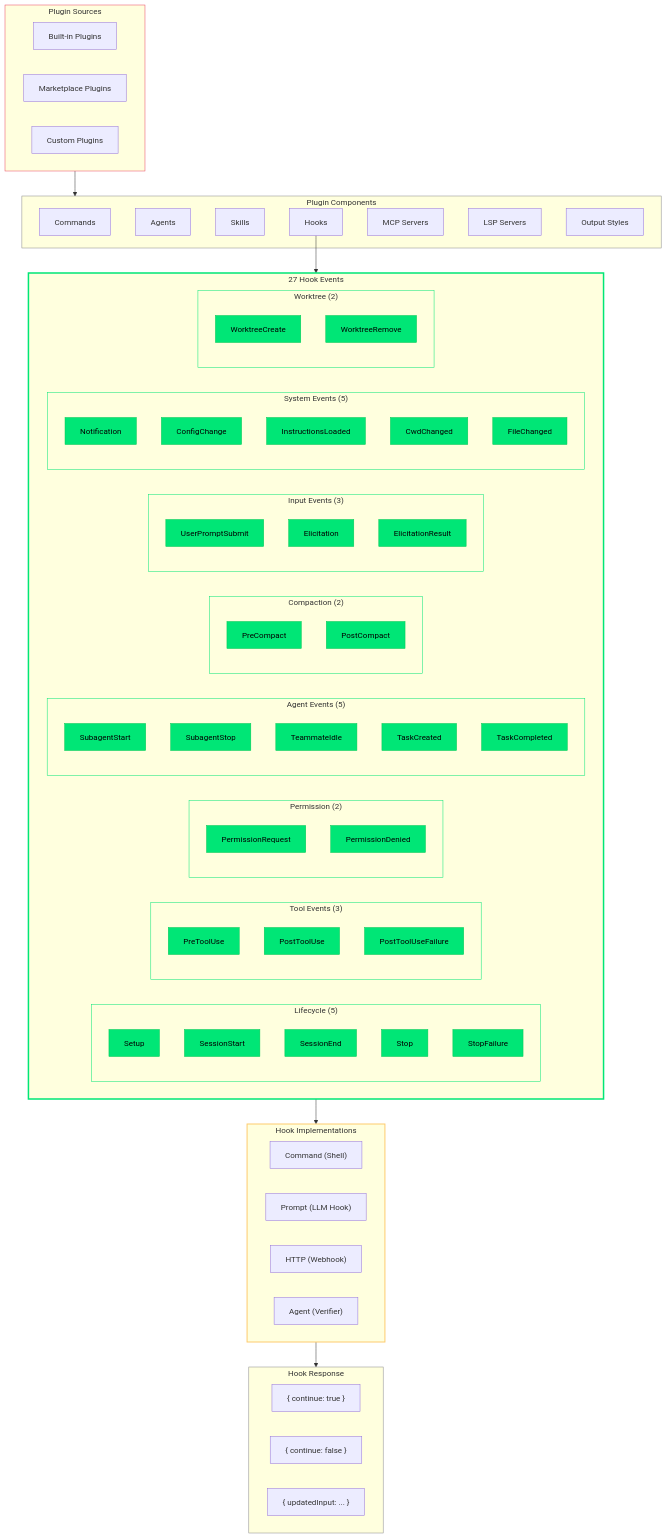
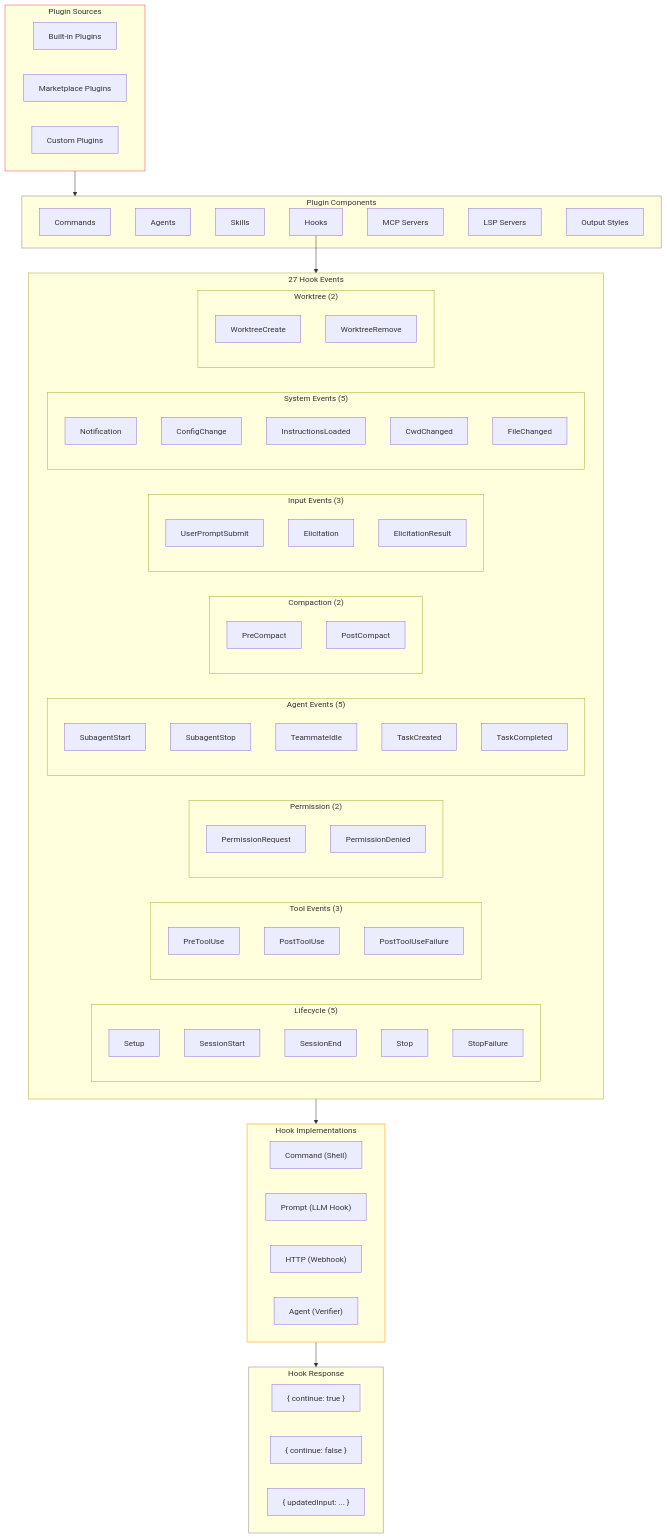
One commit to PavelValentov/multi-agent-architecture changed the ninth of 14 diagrams in DIAGRAMS.md. Above: the diagram before and after it, drawn with Mermaid. The commit also changed other lines of this file, not shown here.

First line of the commit message:
Remove green highlighting from all diagrams

````diff
--- a/DIAGRAMS.md
+++ b/DIAGRAMS.md
@@ -813,42 +797,6 @@
 
     style PluginSources stroke:#e94560,stroke-width:1px
     style PluginComponents stroke:#888,stroke-width:1px
-    style HookEvents stroke:#00e676,stroke-width:3px
-    style LifecycleHooks stroke:#00e676,stroke-width:1px
-    style ToolHooks stroke:#00e676,stroke-width:1px
-    style PermHooks stroke:#00e676,stroke-width:1px
-    style AgentHooks stroke:#00e676,stroke-width:1px
-    style CompactHooks stroke:#00e676,stroke-width:1px
-    style InputHooks stroke:#00e676,stroke-width:1px
-    style SystemHooks stroke:#00e676,stroke-width:1px
-    style WorktreeHooks stroke:#00e676,stroke-width:1px
-    style H_SETUP fill:#00e676,stroke:#00c853,stroke-width:1px,color:#000
-    style H_SESSION_START fill:#00e676,stroke:#00c853,stroke-width:1px,color:#000
-    style H_SESSION_END fill:#00e676,stroke:#00c853,stroke-width:1px,color:#000
-    style H_STOP fill:#00e676,stroke:#00c853,stroke-width:1px,color:#000
-    style H_STOP_FAIL fill:#00e676,stroke:#00c853,stroke-width:1px,color:#000
-    style H_PRE fill:#00e676,stroke:#00c853,stroke-width:1px,color:#000
-    style H_POST fill:#00e676,stroke:#00c853,stroke-width:1px,color:#000
-    style H_POST_F fill:#00e676,stroke:#00c853,stroke-width:1px,color:#000
-    style H_PERM_R fill:#00e676,stroke:#00c853,stroke-width:1px,color:#000
-    style H_PERM_D fill:#00e676,stroke:#00c853,stroke-width:1px,color:#000
-    style H_SUB_START fill:#00e676,stroke:#00c853,stroke-width:1px,color:#000
-    style H_SUB_STOP fill:#00e676,stroke:#00c853,stroke-width:1px,color:#000
-    style H_TEAMMATE fill:#00e676,stroke:#00c853,stroke-width:1px,color:#000
-    style H_TASK_CREATE fill:#00e676,stroke:#00c853,stroke-width:1px,color:#000
-    style H_TASK_DONE fill:#00e676,stroke:#00c853,stroke-width:1px,color:#000
-    style H_PRE_COMPACT fill:#00e676,stroke:#00c853,stroke-width:1px,color:#000
-    style H_POST_COMPACT fill:#00e676,stroke:#00c853,stroke-width:1px,color:#000
-    style H_PROMPT fill:#00e676,stroke:#00c853,stroke-width:1px,color:#000
-    style H_ELICIT fill:#00e676,stroke:#00c853,stroke-width:1px,color:#000
-    style H_ELICIT_R fill:#00e676,stroke:#00c853,stroke-width:1px,color:#000
-    style H_NOTIF fill:#00e676,stroke:#00c853,stroke-width:1px,color:#000
-    style H_CONFIG fill:#00e676,stroke:#00c853,stroke-width:1px,color:#000
-    style H_INSTRUCT fill:#00e676,stroke:#00c853,stroke-width:1px,color:#000
-    style H_CWD fill:#00e676,stroke:#00c853,stroke-width:1px,color:#000
-    style H_FILE fill:#00e676,stroke:#00c853,stroke-width:1px,color:#000
-    style H_WT_CREATE fill:#00e676,stroke:#00c853,stroke-width:1px,color:#000
-    style H_WT_REMOVE fill:#00e676,stroke:#00c853,stroke-width:1px,color:#000
     style HookImpl stroke:#fdcb6e,stroke-width:2px
     style HookResponse stroke:#888,stroke-width:1px
 ```
````
